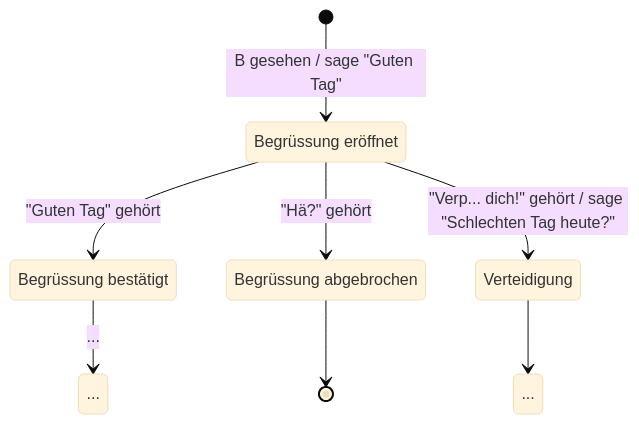
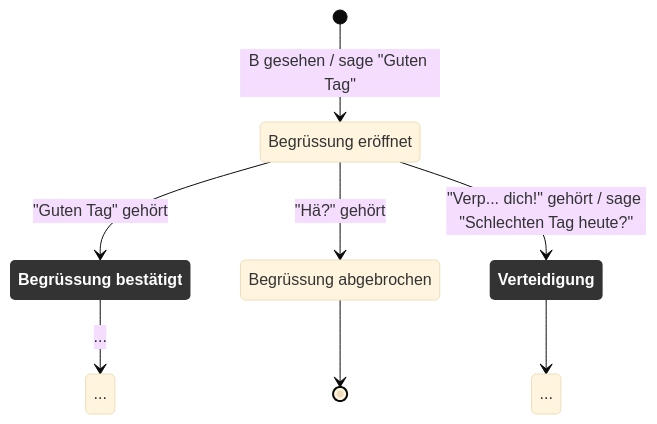
One commit to lebalz/ofi-blog changed the fourth of 4 diagrams in docs/Netzwerke-ef/02-Protokolle/index.md. Above: the diagram before and after it, drawn with Mermaid (base theme). The commit also changed 5 other files, not shown here.

````diff
--- a/docs/Netzwerke-ef/02-Protokolle/index.md
+++ b/docs/Netzwerke-ef/02-Protokolle/index.md
@@ -93,16 +93,21 @@
 ```mermaid
 stateDiagram-v2
+  classDef badBadEvent fill:var(--ifm-color-danger),color:white,font-weight:bold,stroke-width:2px,stroke:var(--ifm-color-danger-darkest)
+  classDef successEvent fill:var(--ifm-color-success),color:white,font-weight:bold,stroke-width:2px,stroke:var(--ifm-color-success-darkest)
 
-s1: Begrüssung eröffnet
-s2: Begrüssung bestätigt
-s3: Begrüssung abgebrochen
-s4: Verteidigung
-s5: ...
-[*] --> s1: B gesehen / sage "Guten Tag"
-s1 --> s2: "Guten Tag" gehört
-s2 --> s5: ...
-s1 --> s3: "Hä?" gehört
-s3 --> [*]
-s1 --> s4: "Verp... dich!" gehört / sage "Schlechten Tag heute?"
-s4 --> ... 
+  s1: Begrüssung eröffnet
+  s2: Begrüssung bestätigt
+  s3: Begrüssung abgebrochen
+  s4: Verteidigung
+  s5: ...
+  [*] --> s1: B gesehen / sage "Guten Tag"
+  s1 --> s2: "Guten Tag" gehört
+  s2 --> s5: ...
+  s1 --> s3: "Hä?" gehört
+  s3 --> [*]
+  s1 --> s4: "Verp... dich!" gehört / sage "Schlechten Tag heute?"
+  s4 --> ... 
+
+  class s2 successEvent
+  class s4 badBadEvent
 ```
````
